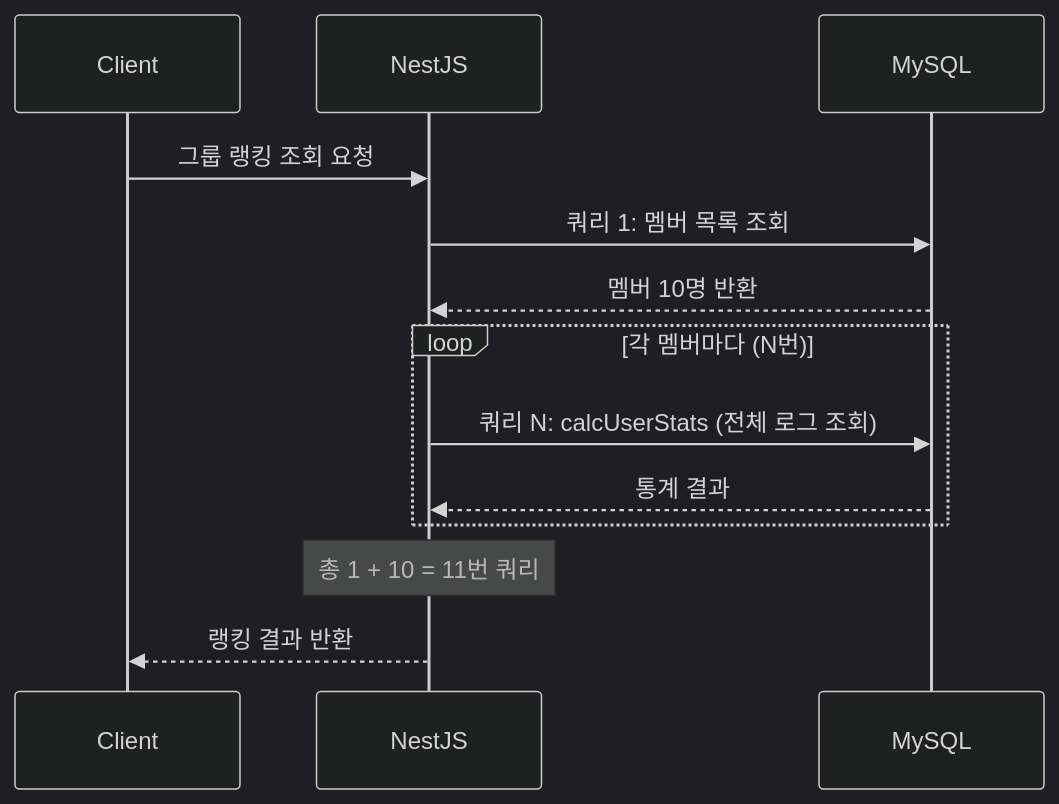
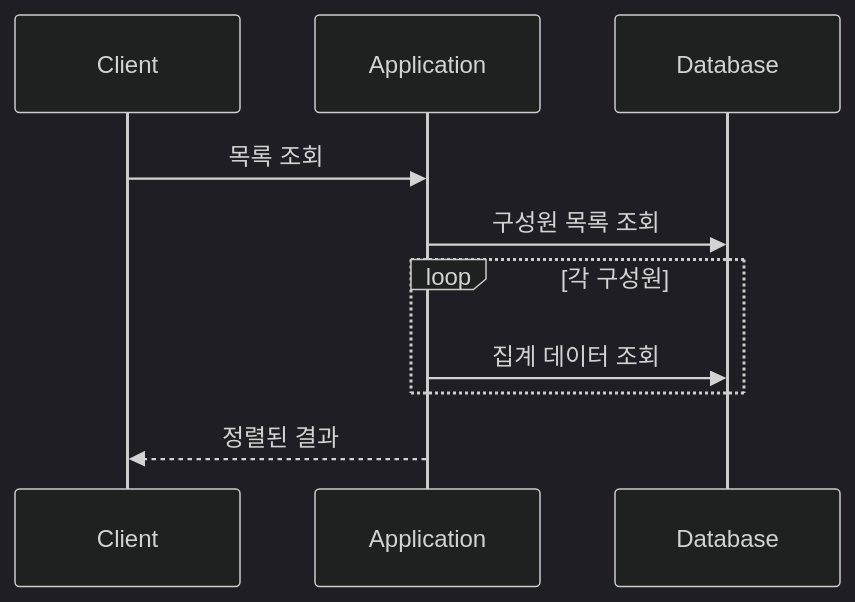
Before and after one commit to jiwon11/jiwon11.github.io: the fourth of 7 diagrams in _posts/2023-03-01-charlie-backend-infrastructure.md, drawn with Mermaid (dark theme). The commit also changed other lines of this file and 4 other files, not shown here.

````diff
--- a/_posts/2023-03-01-charlie-backend-infrastructure.md
+++ b/_posts/2023-03-01-charlie-backend-infrastructure.md
@@ -904,18 +177,13 @@
-```mermaid
+~~~mermaid
 sequenceDiagram
-    participant Client
-    participant Server as NestJS
-    participant DB as MySQL
+    participant C as Client
+    participant A as Application
+    participant D as Database
 
-    Client->>Server: 그룹 랭킹 조회 요청
-    Server->>DB: 쿼리 1: 멤버 목록 조회
-    DB-->>Server: 멤버 10명 반환
-
-    loop 각 멤버마다 (N번)
-        Server->>DB: 쿼리 N: calcUserStats (전체 로그 조회)
-        DB-->>Server: 통계 결과
+    C->>A: 목록 조회
+    A->>D: 구성원 목록 조회
+    loop 각 구성원
+        A->>D: 집계 데이터 조회
     end
-
-    Note over Server: 총 1 + 10 = 11번 쿼리
-    Server-->>Client: 랭킹 결과 반환
-```
+    A-->>C: 정렬된 결과
+~~~
````
